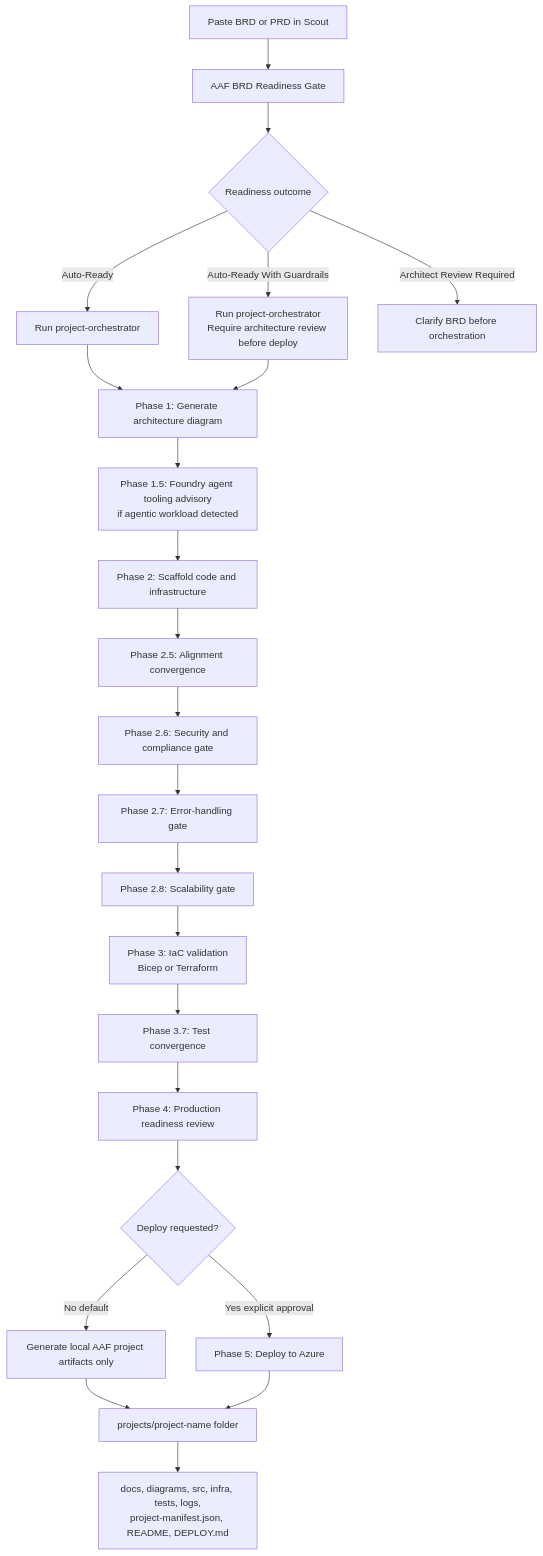
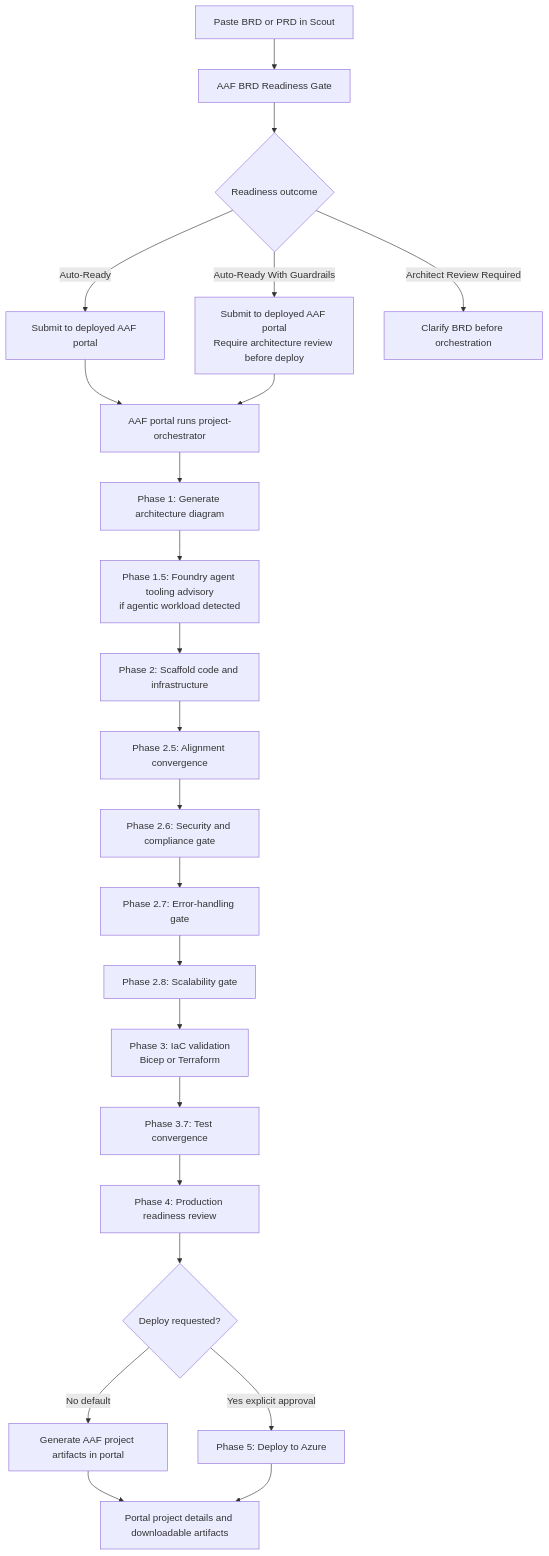
The diagram in docs/SCOUT_AAF_SETUP.md (fbabaei/azure-architecture-factory), drawn with Mermaid before and after one commit. The commit also changed other lines of this file and 753 other files, not shown here.

````diff
--- a/docs/SCOUT_AAF_SETUP.md
+++ b/docs/SCOUT_AAF_SETUP.md
@@ -79,31 +117,30 @@
 ```mermaid
 flowchart TD
     A[Paste BRD or PRD in Scout] --> B[AAF BRD Readiness Gate]
     B --> C{Readiness outcome}
 
-    C -->|Auto-Ready| D[Run project-orchestrator]
-    C -->|Auto-Ready With Guardrails| E[Run project-orchestrator<br/>Require architecture review before deploy]
+    C -->|Auto-Ready| D[Submit to deployed AAF portal]
+    C -->|Auto-Ready With Guardrails| E[Submit to deployed AAF portal<br/>Require architecture review before deploy]
     C -->|Architect Review Required| F[Clarify BRD before orchestration]
 
-    D --> G[Phase 1: Generate architecture diagram]
+    D --> G[AAF portal runs project-orchestrator]
     E --> G
 
-    G --> H[Phase 1.5: Foundry agent tooling advisory<br/>if agentic workload detected]
-    H --> I[Phase 2: Scaffold code and infrastructure]
-    I --> J[Phase 2.5: Alignment convergence]
-    J --> K[Phase 2.6: Security and compliance gate]
-    K --> L[Phase 2.7: Error-handling gate]
-    L --> M[Phase 2.8: Scalability gate]
-    M --> N[Phase 3: IaC validation<br/>Bicep or Terraform]
-    N --> O[Phase 3.7: Test convergence]
-    O --> P[Phase 4: Production readiness review]
-    P --> Q{Deploy requested?}
+    G --> H[Phase 1: Generate architecture diagram]
+    H --> I[Phase 1.5: Foundry agent tooling advisory<br/>if agentic workload detected]
+    I --> J[Phase 2: Scaffold code and infrastructure]
+    J --> K[Phase 2.5: Alignment convergence]
+    K --> L[Phase 2.6: Security and compliance gate]
+    L --> M[Phase 2.7: Error-handling gate]
+    M --> N[Phase 2.8: Scalability gate]
+    N --> O[Phase 3: IaC validation<br/>Bicep or Terraform]
+    O --> P[Phase 3.7: Test convergence]
+    P --> Q[Phase 4: Production readiness review]
+    Q --> R{Deploy requested?}
 
-    Q -->|No default| R[Generate local AAF project artifacts only]
-    Q -->|Yes explicit approval| S[Phase 5: Deploy to Azure]
+    R -->|No default| S[Generate AAF project artifacts in portal]
+    R -->|Yes explicit approval| T[Phase 5: Deploy to Azure]
 
-    R --> T[projects/project-name folder]
-    S --> T
-
-    T --> U[docs, diagrams, src, infra, tests, logs,<br/>project-manifest.json, README, DEPLOY.md]
+    S --> U[Portal project details and downloadable artifacts]
+    T --> U
 ```
````
